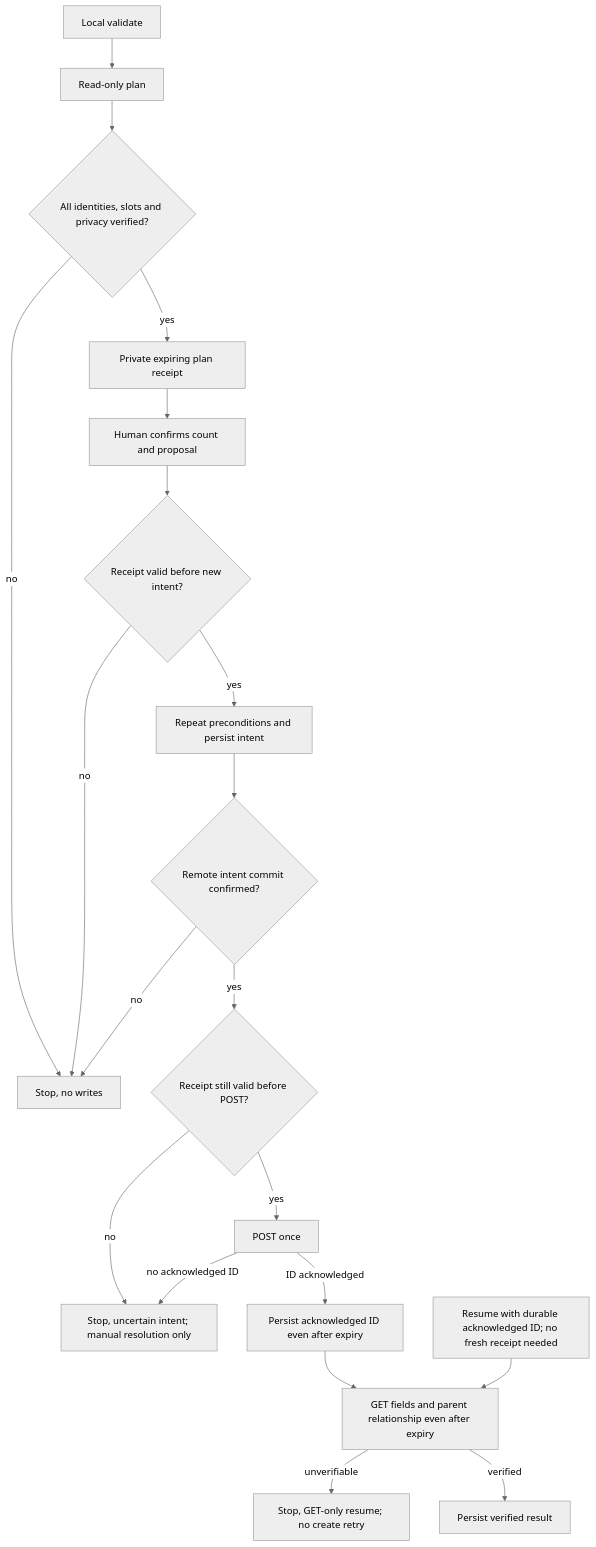
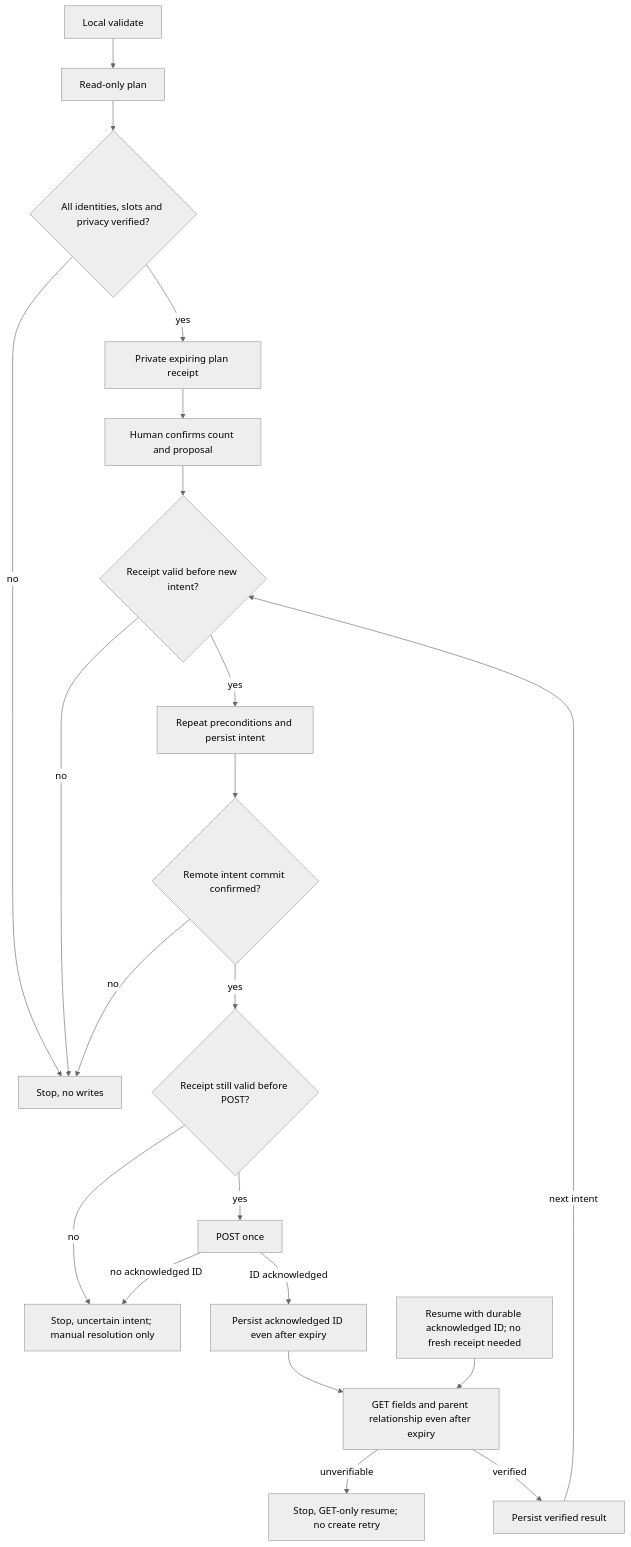
Before and after one commit to reihl-tab/geni-uploader: the diagram in docs/profile-creation-design.md, drawn with Mermaid (neutral theme). The commit also changed other lines of this file, not shown here.

Commit message:
docs: close audit evidence and per-intent flowchart ambiguities

````diff
--- a/docs/profile-creation-design.md
+++ b/docs/profile-creation-design.md
@@ -111,22 +111,23 @@
 ```mermaid
 flowchart TD
   V[Local validate] --> P[Read-only plan]
   P --> G{All identities, slots and privacy verified?}
   G -->|no| S[Stop, no writes]
   G -->|yes| R[Private expiring plan receipt]
   R --> H[Human confirms count and proposal]
   H --> E{Receipt valid before new intent?}
   E -->|no| S
   E -->|yes| C[Repeat preconditions and persist intent]
   C --> D{Remote intent commit confirmed?}
   D -->|no| S
   D -->|yes| X{Receipt still valid before POST?}
   X -->|no| U[Stop, uncertain intent; manual resolution only]
   X -->|yes| W[POST once]
   W -->|ID acknowledged| A[Persist acknowledged ID even after expiry]
   W -->|no acknowledged ID| U
   A --> B[GET fields and parent relationship even after expiry]
   J[Resume with durable acknowledged ID; no fresh receipt needed] --> B
   B -->|unverifiable| T[Stop, GET-only resume; no create retry]
   B -->|verified| N[Persist verified result]
+  N -->|next intent| E
 ```
````
